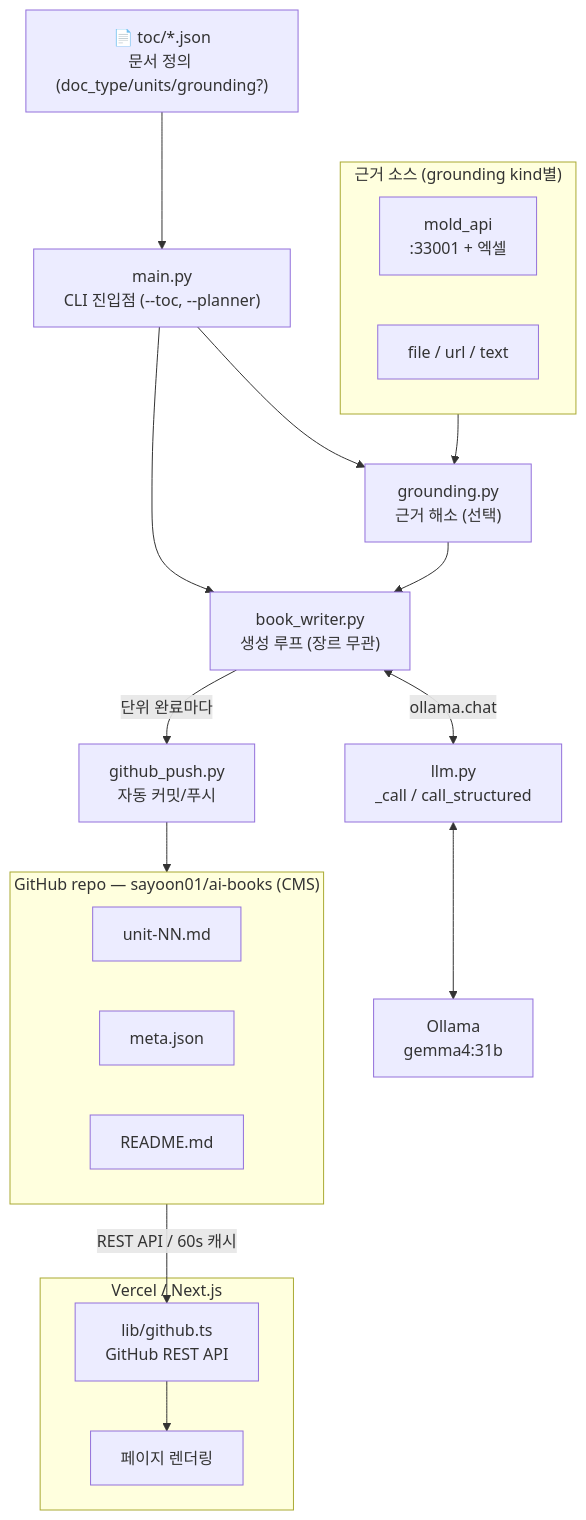
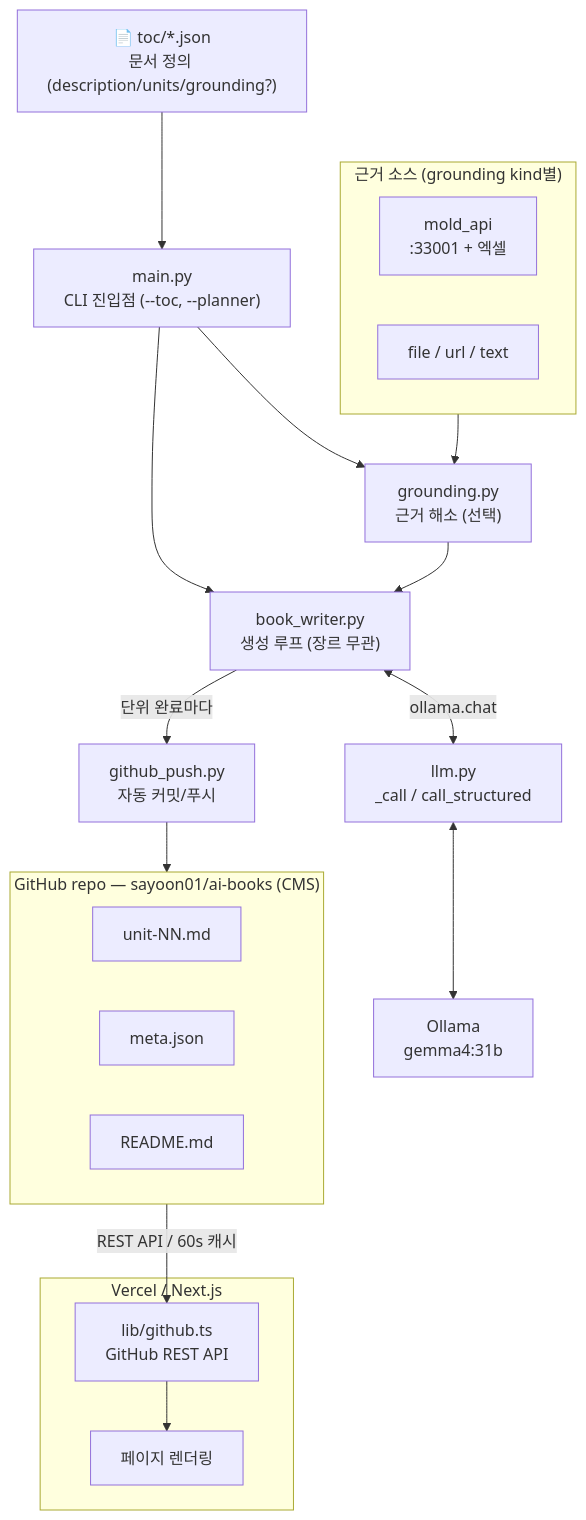
One commit to sayoon01/ai-books changed the first of 2 diagrams in ARCHITECTURE.md. Above: the diagram before and after it, drawn with Mermaid. The commit also changed other lines of this file and 8 other files, not shown here.

First line of the commit message:
refactor: doc_type 제거 (정체성은 description/target_reader가 담당)

````diff
--- a/ARCHITECTURE.md
+++ b/ARCHITECTURE.md
@@ -15,33 +15,33 @@
 ```mermaid
 flowchart TD
-    TOC["📄 toc/*.json\n문서 정의 (doc_type/units/grounding?)"]
+    TOC["📄 toc/*.json\n문서 정의 (description/units/grounding?)"]
     CLI["main.py\nCLI 진입점 (--toc, --planner)"]
     GR["grounding.py\n근거 해소 (선택)"]
     BW["book_writer.py\n생성 루프 (장르 무관)"]
     LLM["llm.py\n_call / call_structured"]
     OLLAMA["Ollama\ngemma4:31b"]
     GHP["github_push.py\n자동 커밋/푸시"]
 
     subgraph SRC["근거 소스 (grounding kind별)"]
         API["mold_api\n:33001 + 엑셀"]
         FILE["file / url / text"]
     end
 
     subgraph GITHUB["GitHub repo — sayoon01/ai-books (CMS)"]
         MD["unit-NN.md"]
         META["meta.json"]
         README["README.md"]
     end
 
     subgraph WEB["Vercel / Next.js"]
         GHAPI["lib/github.ts\nGitHub REST API"]
         PAGE["페이지 렌더링"]
     end
 
     TOC --> CLI --> BW
     CLI --> GR
     SRC --> GR --> BW
     BW <-->|ollama.chat| LLM <--> OLLAMA
     BW -->|단위 완료마다| GHP --> GITHUB
     GITHUB -->|REST API / 60s 캐시| GHAPI --> PAGE
 ```
````
